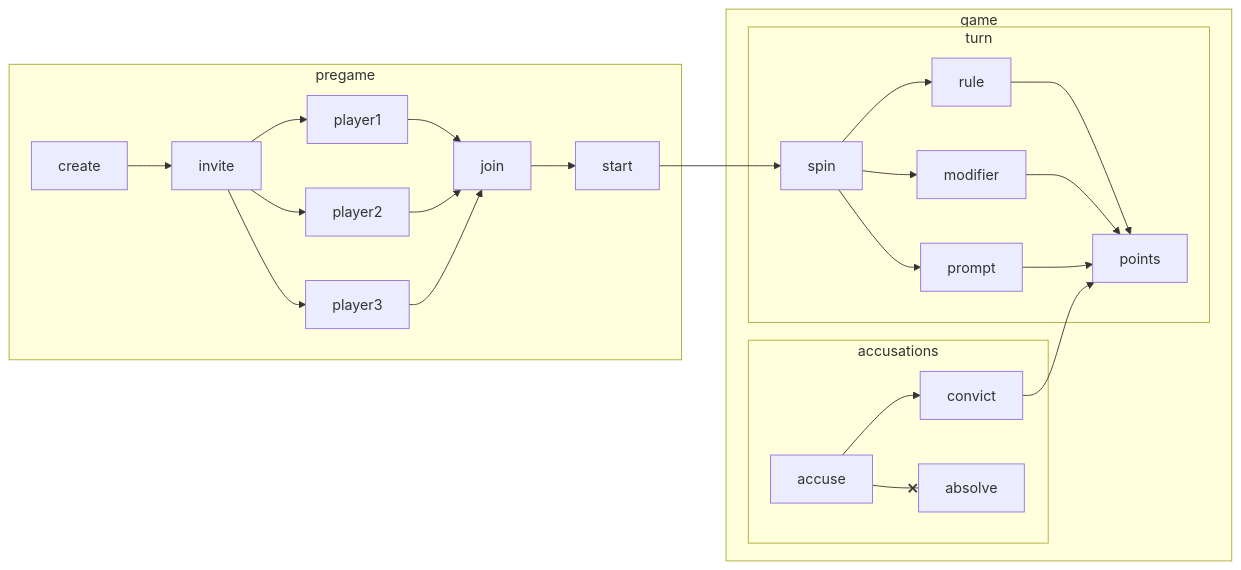
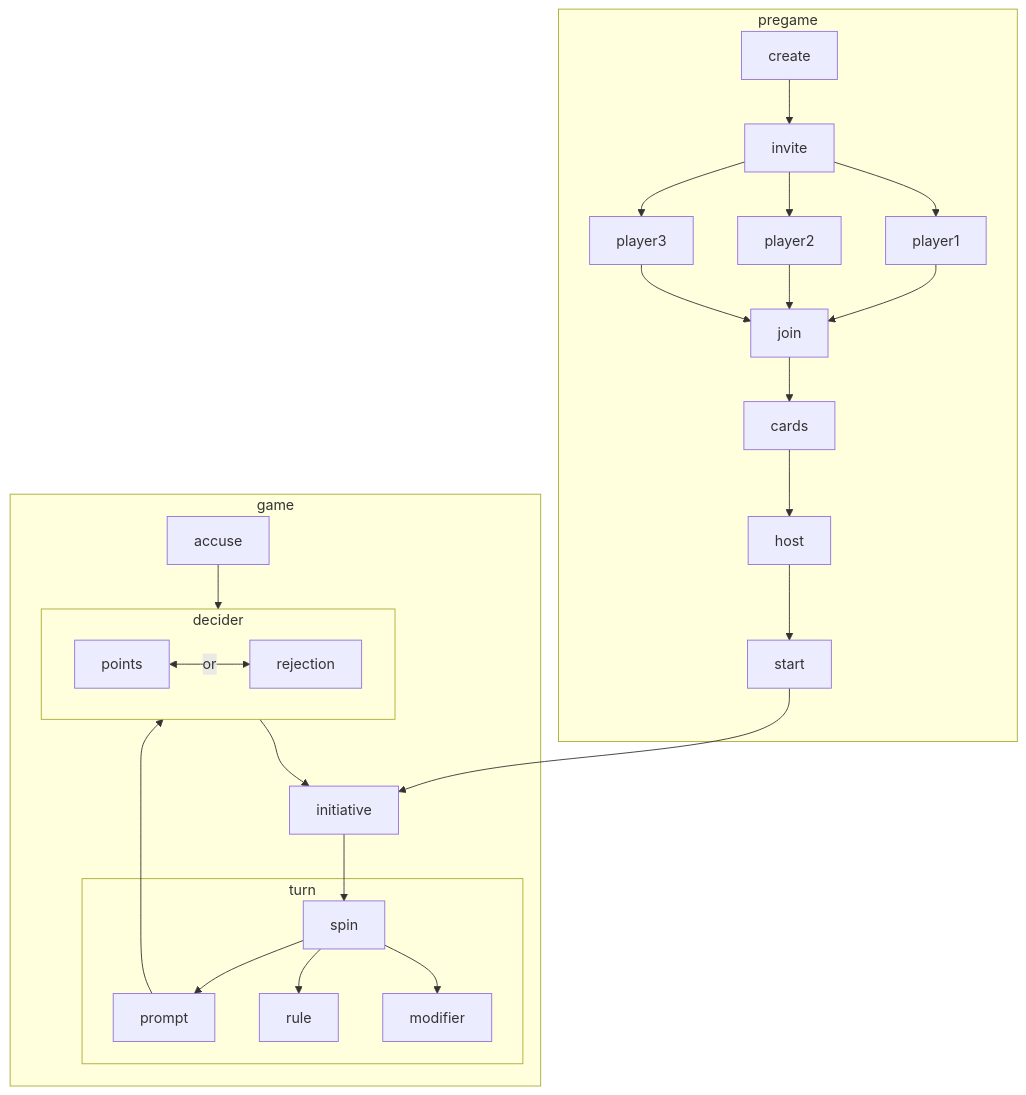
The first of 2 diagrams in README.md (grackleclub/rulette), drawn with Mermaid before and after one commit.

Commit message:
revise flowchart state

````diff
--- a/README.md
+++ b/README.md
@@ -9,26 +9,27 @@
 ```mermaid
-flowchart LR
+flowchart TD
   subgraph pregame
     create --> invite
     invite --> player1
     invite --> player2
     invite --> player3
     player1 --> join
     player2 --> join
     player3 --> join
-    join --> start
+    join --> cards --> host --> start
   end
-  start --> spin
+  start --> initiative
   subgraph game
+    subgraph decider
+      points<-->|or|rejection
+    end
+    spin --> prompt --> decider
     subgraph turn
-      spin --> rule --> points
-      spin --> modifier --> points
-      spin --> prompt --> points
+      prompt
+      spin --> rule
+      spin --> modifier
     end
-    subgraph accusations
-      accuse --> convict
-      accuse --x absolve
-    end
-    convict --> points
+    accuse --> decider
+    decider --> initiative -->spin
   end
 ```
````
